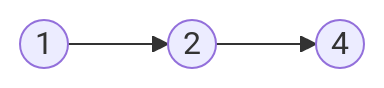
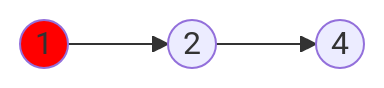
The diagram in README.md (Leezgion/example-repository), drawn with Mermaid before and after one commit.

````diff
--- a/README.md
+++ b/README.md
@@ -3,4 +3,5 @@
 ```mermaid
 flowchart LR
-A((1)) --> B((2)) -->C((4))
+    A((1)) --> B((2)) -->C((4))
+    style A fill:red
 ```
````
